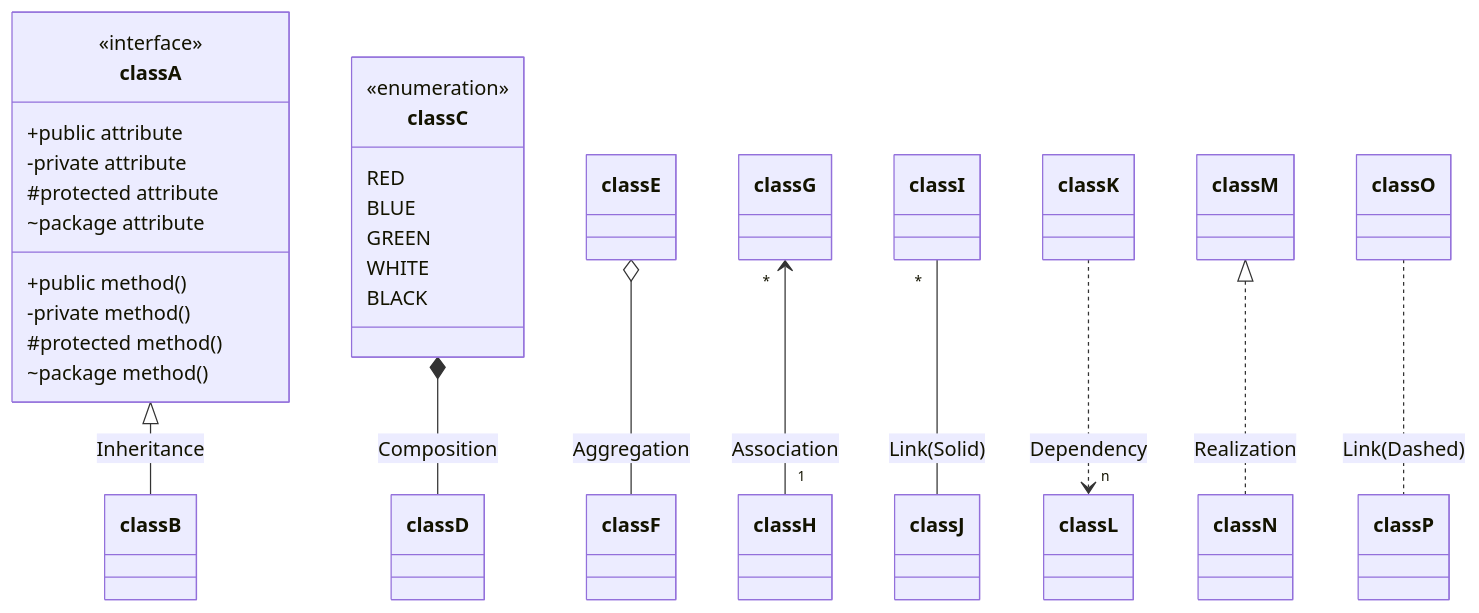
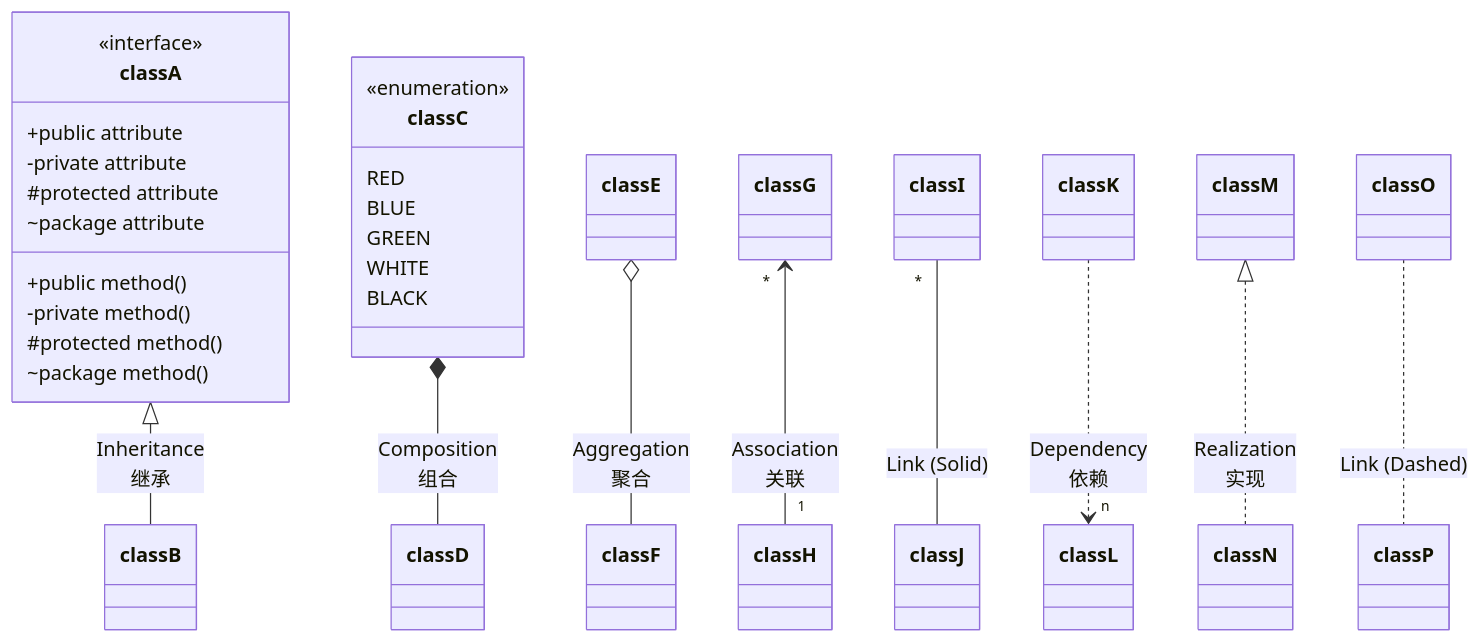
Before and after one commit to MadMaxChow/VLOOK: the ninth of 20 diagrams in released/demo/chart.md, drawn with Mermaid. The commit also changed other lines of this file and 88 other files, not shown here.

````diff
--- a/released/demo/chart.md
+++ b/released/demo/chart.md
@@ -312,32 +549,32 @@
 ```mermaid
 classDiagram
-classA <|-- classB : Inheritance
-classC *-- classD : Composition
-classE o-- classF : Aggregation
-classG "*" <-- "1" classH : Association
-classI "*" -- classJ : Link(Solid)
-classK ..> "n" classL : Dependency
-classM <|.. classN : Realization
-classO .. classP : Link(Dashed)
+classA <|-- classB : Inheritance<br>继承
+classC *-- classD : Composition<br>组合
+classE o-- classF : Aggregation<br>聚合
+classG "*" <-- "1" classH : Association<br>关联
+classI "*" -- classJ : Link (Solid)
+classK ..> "n" classL : Dependency<br>依赖
+classM <|.. classN : Realization<br>实现
+classO .. classP : Link (Dashed)
 
 class classA~Class~{
     <<interface>>
     +public attribute
     -private attribute
     #protected attribute
     ~package attribute
     +public method()
     -private method()
     #protected method()
     ~package method()
 }
 
 class classC{
     <<enumeration>>
     RED
     BLUE
     GREEN
     WHITE
     BLACK
 }
 ```
````
